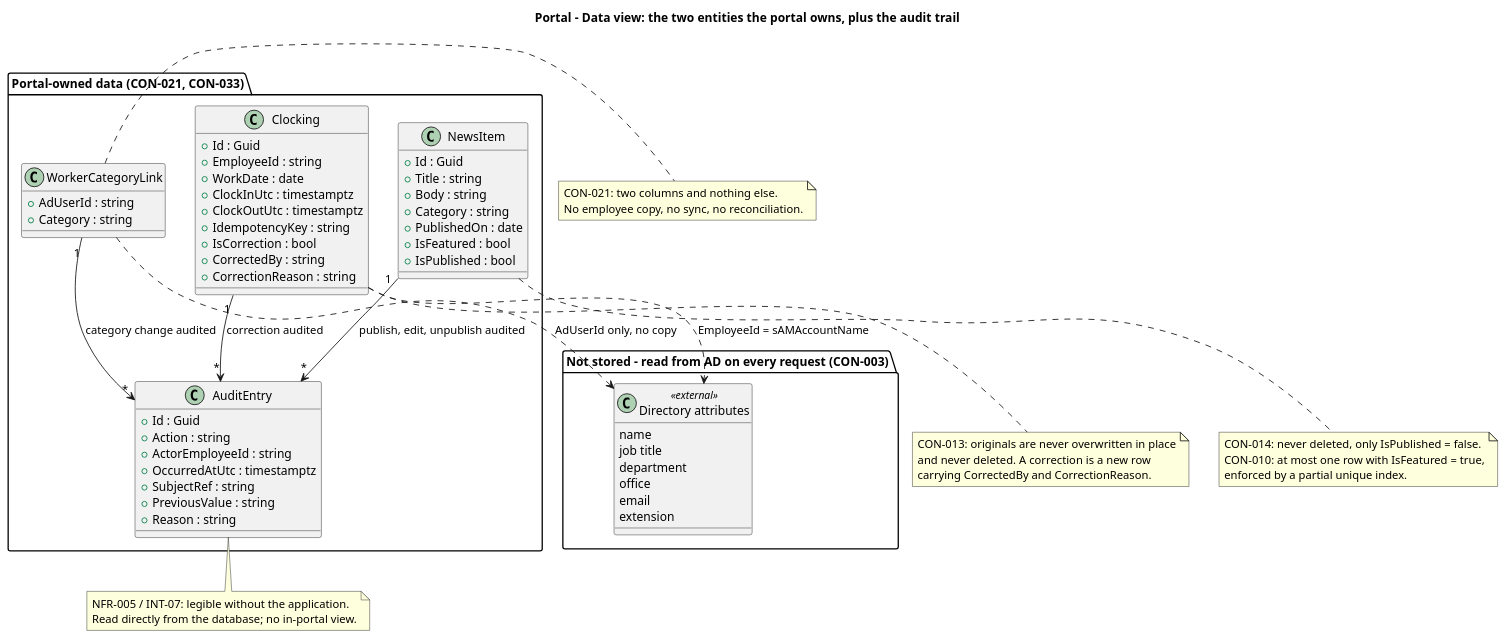
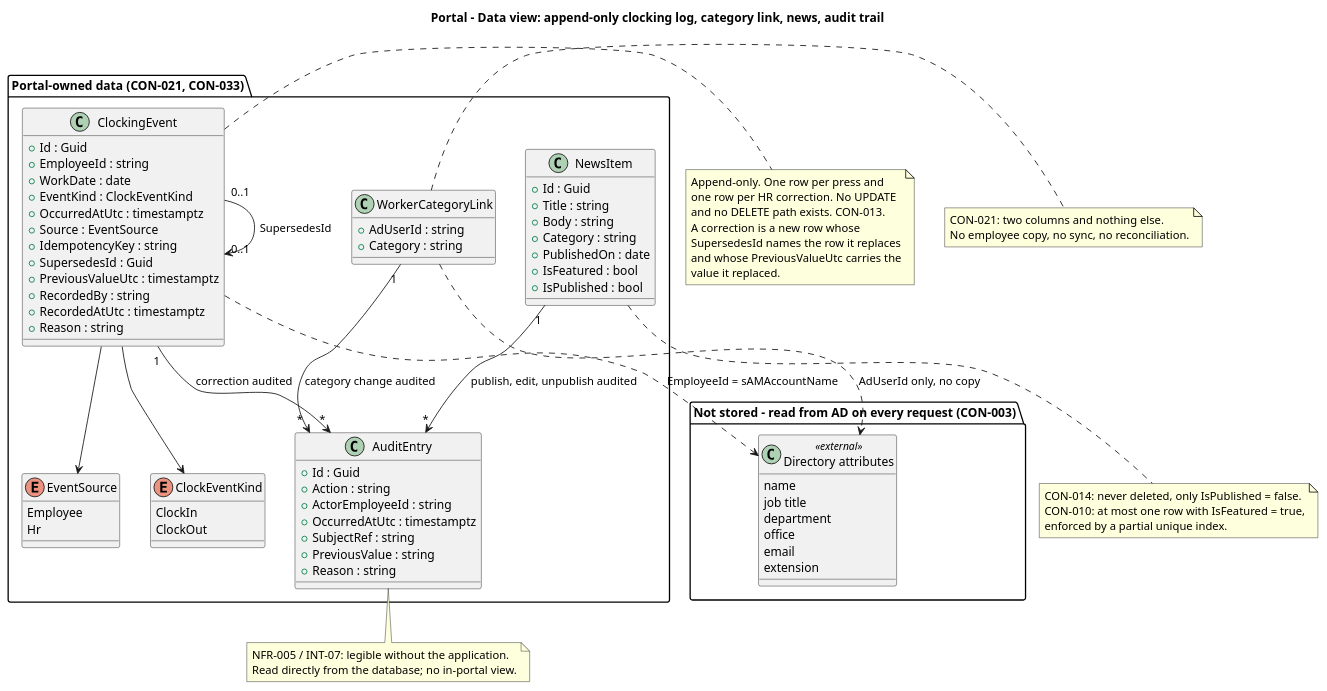
The eighth of 9 diagrams in docs/artifacts/analysis---design/software-architecture-document.md (banense-test/portal), drawn with PlantUML before and after one commit. The commit also changed other lines of this file, not shown here.

First line of the commit message:
Software Architect [I2]: upsert Software Architecture Document

````diff
--- a/docs/artifacts/analysis---design/software-architecture-document.md
+++ b/docs/artifacts/analysis---design/software-architecture-document.md
@@ -954,18 +987,21 @@
 ```plantuml
 @startuml
-title Portal - Data view: the two entities the portal owns, plus the audit trail
+title Portal - Data view: append-only clocking log, category link, news, audit trail
 
 package "Portal-owned data (CON-021, CON-033)" {
-  class "Clocking" as CLK {
+  class "ClockingEvent" as CLK {
     + Id : Guid
     + EmployeeId : string
     + WorkDate : date
-    + ClockInUtc : timestamptz
-    + ClockOutUtc : timestamptz
+    + EventKind : ClockEventKind
+    + OccurredAtUtc : timestamptz
+    + Source : EventSource
     + IdempotencyKey : string
-    + IsCorrection : bool
-    + CorrectedBy : string
-    + CorrectionReason : string
+    + SupersedesId : Guid
+    + PreviousValueUtc : timestamptz
+    + RecordedBy : string
+    + RecordedAtUtc : timestamptz
+    + Reason : string
   }
 
   class "WorkerCategoryLink" as WCL {
@@ -992,6 +1028,16 @@
     + PreviousValue : string
     + Reason : string
   }
+
+  enum "ClockEventKind" as KIND {
+    ClockIn
+    ClockOut
+  }
+
+  enum "EventSource" as SRC {
+    Employee
+    Hr
+  }
 }
 
 package "Not stored - read from AD on every request (CON-003)" {
@@ -1005,20 +1051,27 @@
   }
 }
 
+CLK --> KIND
+CLK --> SRC
+CLK "0..1" --> "0..1" CLK : SupersedesId
 CLK "1" --> "*" AUD : correction audited
 NEWS "1" --> "*" AUD : publish, edit, unpublish audited
 WCL "1" --> "*" AUD : category change audited
 WCL ..> ADATTR : AdUserId only, no copy
 CLK ..> ADATTR : EmployeeId = sAMAccountName
 
+note right of CLK
+  Append-only. One row per press and
+  one row per HR correction. No UPDATE
+  and no DELETE path exists. CON-013.
+  A correction is a new row whose
+  SupersedesId names the row it replaces
+  and whose PreviousValueUtc carries the
+  value it replaced.
+end note
 note right of WCL
   CON-021: two columns and nothing else.
   No employee copy, no sync, no reconciliation.
-end note
-note bottom of CLK
-  CON-013: originals are never overwritten in place
-  and never deleted. A correction is a new row
-  carrying CorrectedBy and CorrectionReason.
 end note
 note bottom of NEWS
   CON-014: never deleted, only IsPublished = false.
````
